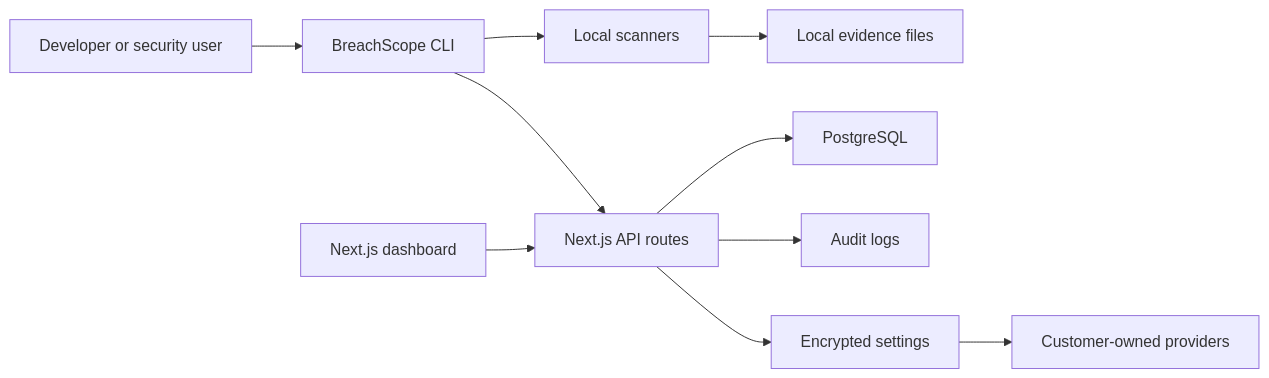
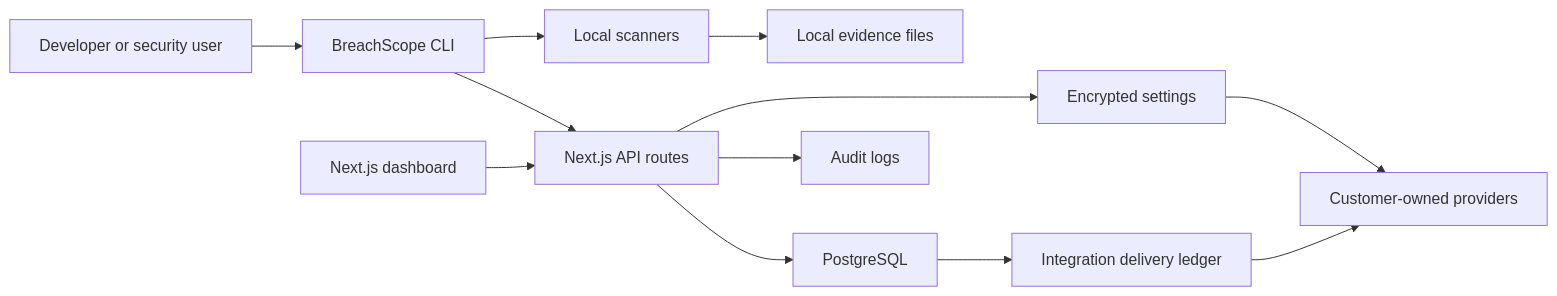
Before and after one commit to Afnanksalal/BreachScope: the first of 3 diagrams in docs/architecture.md, drawn with Mermaid. The commit also changed other lines of this file and 35 other files, not shown here.

First line of the commit message:
Add integration delivery pipeline and org support

````diff
--- a/docs/architecture.md
+++ b/docs/architecture.md
@@ -7,12 +7,14 @@
 ```mermaid
 flowchart LR
   User["Developer or security user"] --> CLI["BreachScope CLI"]
   CLI --> LocalScan["Local scanners"]
   LocalScan --> Evidence["Local evidence files"]
   CLI --> API["Next.js API routes"]
   Dashboard["Next.js dashboard"] --> API
   API --> DB["PostgreSQL"]
   API --> Audit["Audit logs"]
   API --> Settings["Encrypted settings"]
   Settings --> Integrations["Customer-owned providers"]
+  DB --> Delivery["Integration delivery ledger"]
+  Delivery --> Integrations
 ```
````
